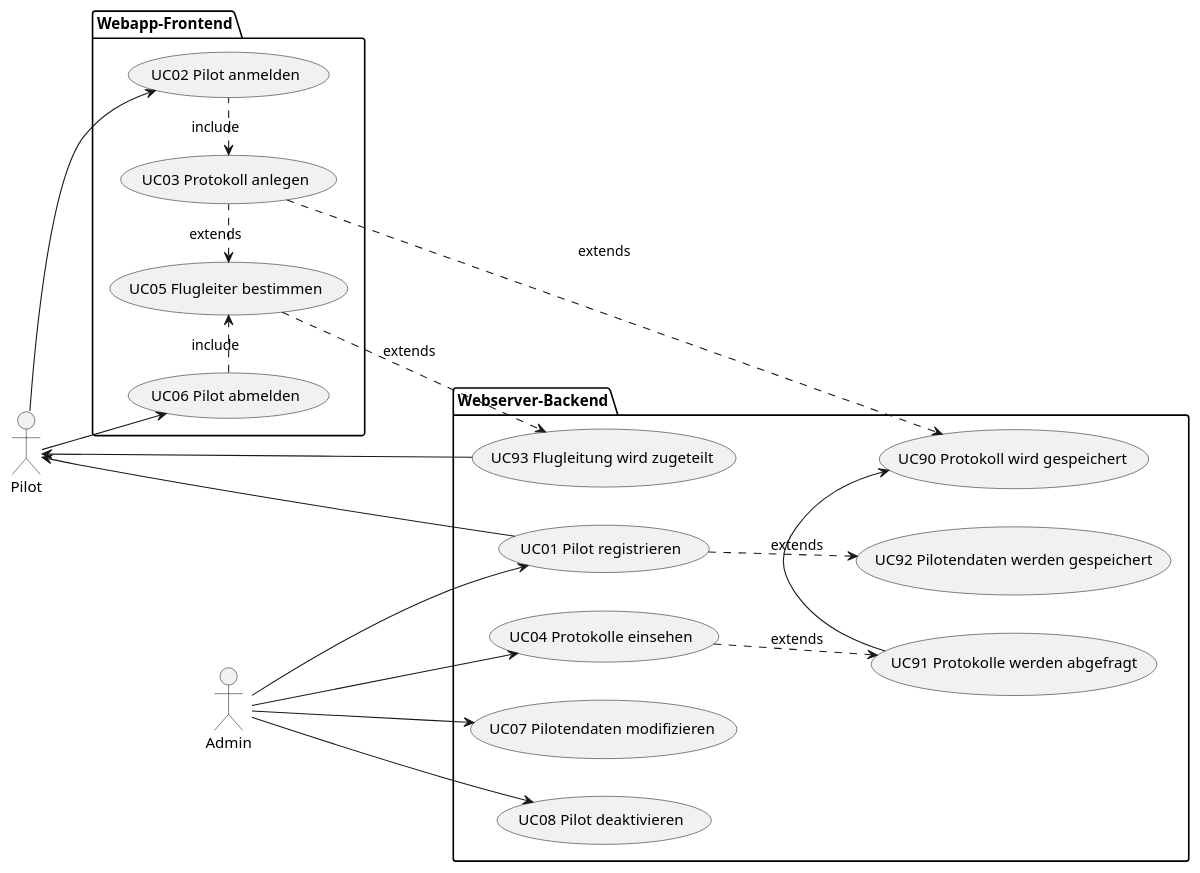
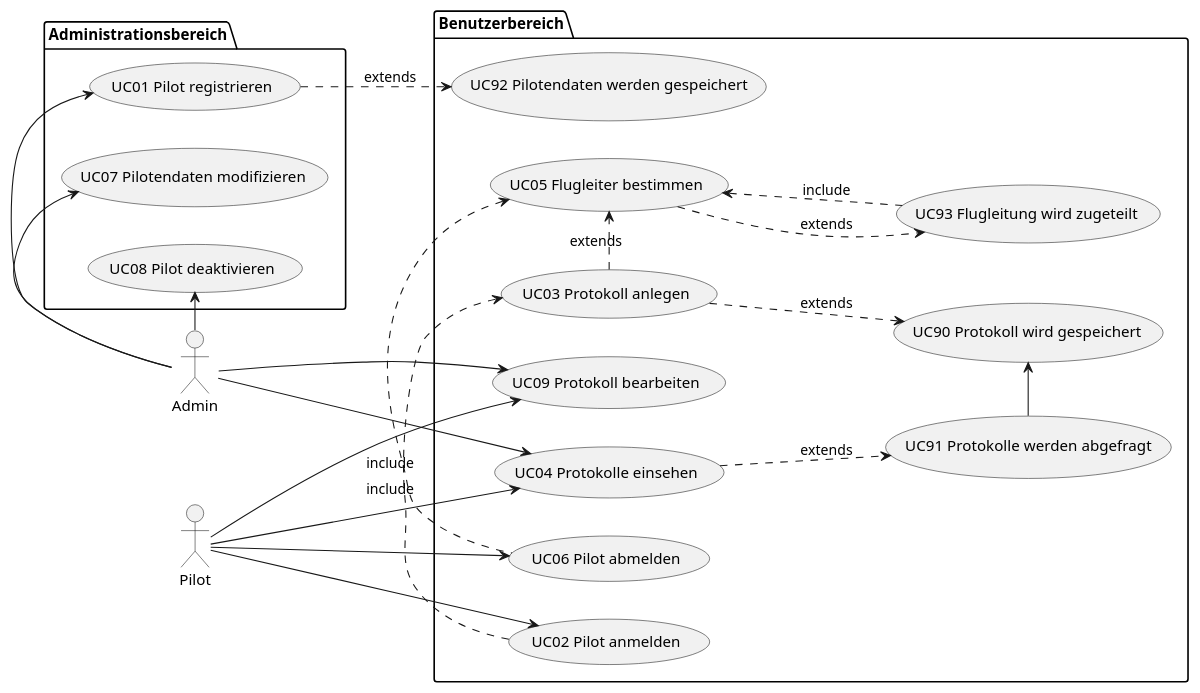
The diagram in docs/requirements/use-case_model.adoc (jakobkmar/E09-modellflug-logbuch), drawn with PlantUML before and after one commit. The commit also changed other lines of this file, not shown here.

Commit message:
changed packages front-/backend to admin/user

```diff
--- a/docs/requirements/use-case_model.adoc
+++ b/docs/requirements/use-case_model.adoc
@@ -25,41 +25,44 @@
 [plantuml, "{diagramsdir}/gesamter Use-Case", svg]
 ....
 @startuml
 left to right direction
 "Admin" as ac01
 "Pilot" as ac02
-package Webapp-Frontend {
+package Benutzerbereich {
     "UC02 Pilot anmelden" as (uc02) 
     "UC03 Protokoll anlegen" as (uc03)
+    "UC04 Protokolle einsehen" as (uc04)
     "UC05 Flugleiter bestimmen" as (uc05)
     "UC06 Pilot abmelden" as (uc06)
-}
-
-package Webserver-Backend {
-    "UC01 Pilot registrieren" as (uc01)
-    "UC04 Protokolle einsehen" as (uc04)
-    "UC07 Pilotendaten modifizieren" as (uc07)
-    "UC08 Pilot deaktivieren" as (uc08)
+    "UC09 Protokoll bearbeiten" as (uc09)
     "UC90 Protokoll wird gespeichert" as (uc90)
     "UC91 Protokolle werden abgefragt" as (uc91)
     "UC92 Pilotendaten werden gespeichert" as (uc92)
     "UC93 Flugleitung wird zugeteilt" as (uc93)
 }
-ac01 -d-> uc01
+
+package Administrationsbereich {
+    "UC01 Pilot registrieren" as (uc01)
+    "UC07 Pilotendaten modifizieren" as (uc07)
+    "UC08 Pilot deaktivieren" as (uc08)
+}
+ac01 -l-> uc01
 ac01 -d-> uc04
-ac01 -d-> uc07
-ac01 -d-> uc08
+ac01 -l-> uc07
+ac01 -l-> uc08
+ac01 --> uc09
 ac02 -d-> uc02
 ac02 -d-> uc06
-uc01 -u-> ac02
+ac02 --> uc09
+ac02 --> uc04
 uc01 .d.> uc92 :extends
-uc02 .l.> uc03 :include
-uc03 .l.> uc05 :extends
+uc02 .r.> uc03 :include
+uc03 .r.> uc05 :extends
 uc03 .d.> uc90 :extends
 uc04 .d.> uc91 :extends
 uc05 .d.> uc93 :extends
-uc06 .r.> uc05 :include
+uc06 .l.> uc05 :include
 uc91 -r-> uc90
-uc93 -u-> ac02
+uc93 .u.> uc05 :include
 @enduml
 ....
```
